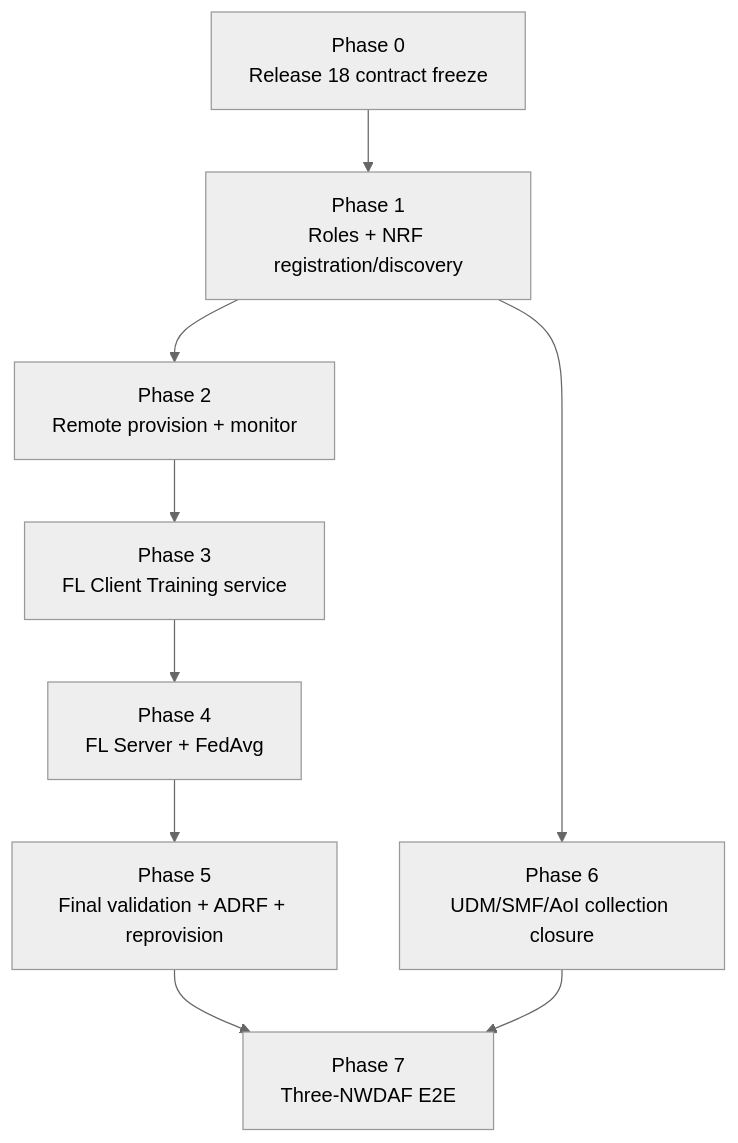
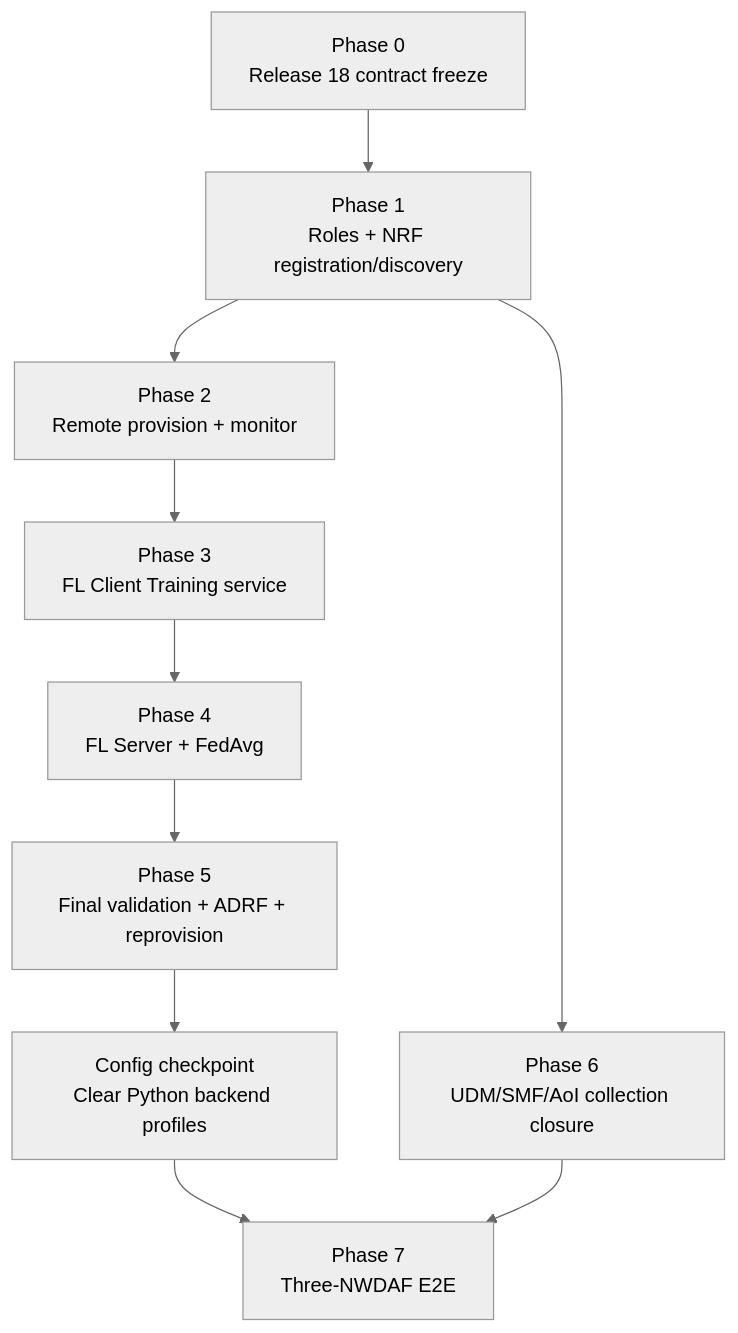
One commit to ChingJe/nwdaf-docs changed the second of 2 diagrams in docs/plans/federated-learning/Distributed NWDAF Federated Learning Implementation Plan.md. Above: the diagram before and after it, drawn with Mermaid (neutral theme). The commit also changed other lines of this file and 6 other files, not shown here.

First line of the commit message:
docs(fl): define Python backend configuration ownership

````diff
--- a/docs/plans/federated-learning/Distributed NWDAF Federated Learning Implementation Plan.md
+++ b/docs/plans/federated-learning/Distributed NWDAF Federated Learning Implementation Plan.md
@@ -699,14 +703,15 @@
 ```mermaid
 flowchart TD
     P0["Phase 0<br/>Release 18 contract freeze"]
     P1["Phase 1<br/>Roles + NRF registration/discovery"]
     P2["Phase 2<br/>Remote provision + monitor"]
     P3["Phase 3<br/>FL Client Training service"]
     P4["Phase 4<br/>FL Server + FedAvg"]
     P5["Phase 5<br/>Final validation + ADRF + reprovision"]
+    CFG["Config checkpoint<br/>Clear Python backend profiles"]
     P6["Phase 6<br/>UDM/SMF/AoI collection closure"]
     P7["Phase 7<br/>Three-NWDAF E2E"]
 
-    P0 --> P1 --> P2 --> P3 --> P4 --> P5 --> P7
+    P0 --> P1 --> P2 --> P3 --> P4 --> P5 --> CFG --> P7
     P1 --> P6 --> P7
 ```
````
